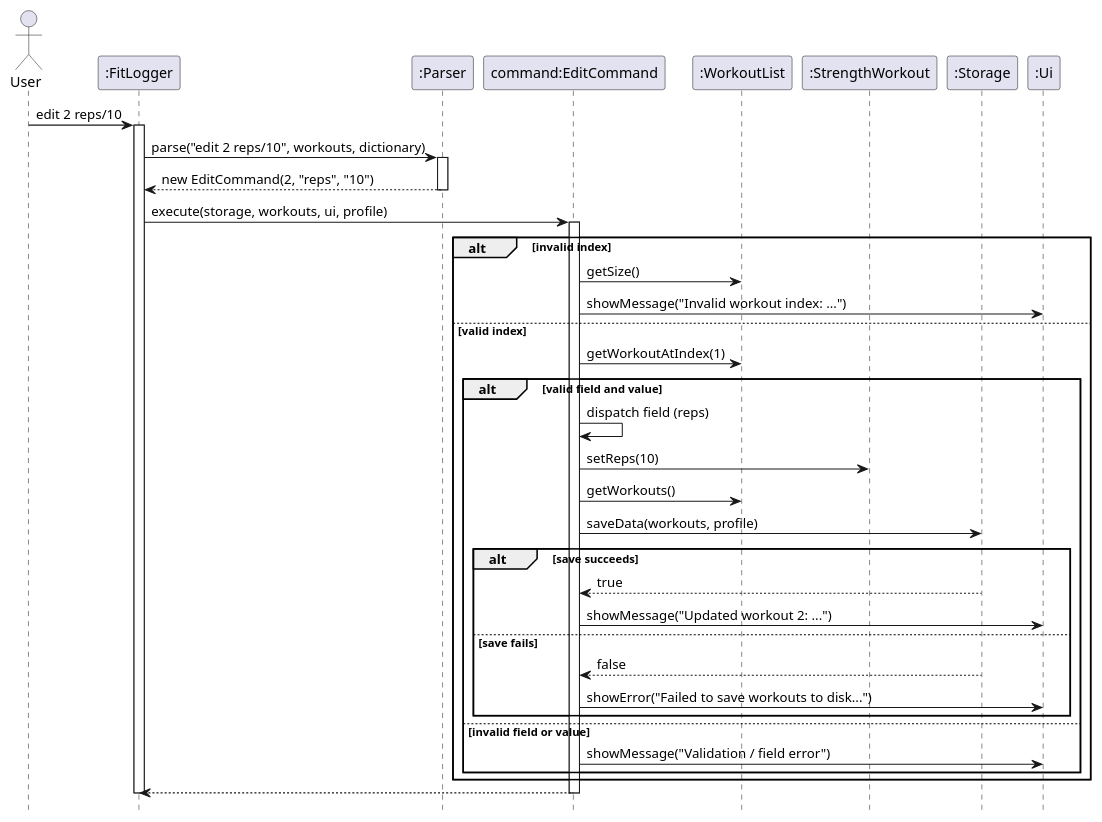
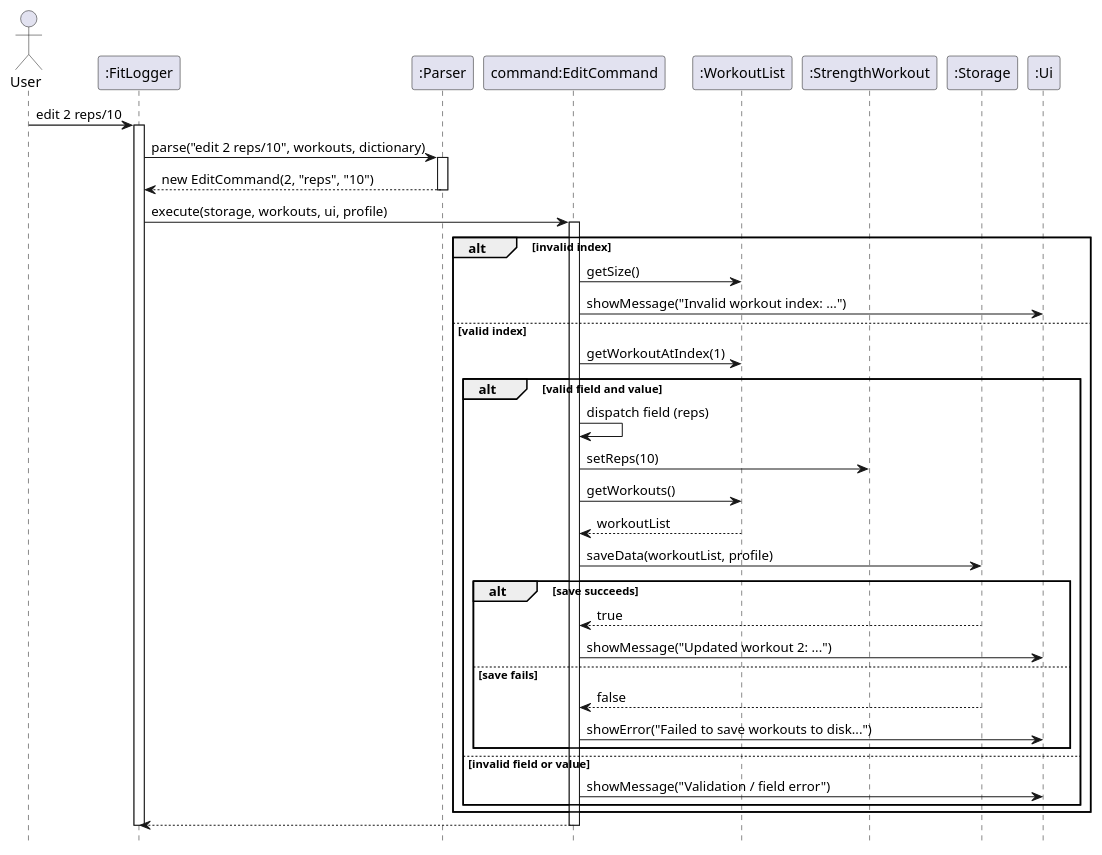
The diagram in docs/diagrams/EditCommandSequenceDiagram.puml (Daniel-czj/tp), drawn with PlantUML before and after one commit. The commit also changed 27 other files, not shown here.

Commit message:
Update docs diagrams and related project changes

```diff
--- a/docs/diagrams/EditCommandSequenceDiagram.puml
+++ b/docs/diagrams/EditCommandSequenceDiagram.puml
@@ -1,49 +1,50 @@
 @startuml
 hide footbox
 
 actor User
 participant ":FitLogger" as Main
 participant ":Parser" as Parser
 participant "command:EditCommand" as Cmd
 participant ":WorkoutList" as Workouts
 participant ":StrengthWorkout" as StrengthWorkout
 participant ":Storage" as Storage
 participant ":Ui" as Ui
 
 User -> Main : edit 2 reps/10
 activate Main
 
 Main -> Parser : parse("edit 2 reps/10", workouts, dictionary)
 activate Parser
 Parser --> Main : new EditCommand(2, "reps", "10")
 deactivate Parser
 
 Main -> Cmd : execute(storage, workouts, ui, profile)
 activate Cmd
 
 alt invalid index
 	Cmd -> Workouts : getSize()
 	Cmd -> Ui : showMessage("Invalid workout index: ...")
 else valid index
 	Cmd -> Workouts : getWorkoutAtIndex(1)
 	alt valid field and value
 		Cmd -> Cmd : dispatch field (reps)
 		Cmd -> StrengthWorkout : setReps(10)
 		Cmd -> Workouts : getWorkouts()
-		Cmd -> Storage : saveData(workouts, profile)
+		Workouts --> Cmd : workoutList
+		Cmd -> Storage : saveData(workoutList, profile)
 		alt save succeeds
 			Storage --> Cmd : true
 			Cmd -> Ui : showMessage("Updated workout 2: ...")
 		else save fails
 			Storage --> Cmd : false
 			Cmd -> Ui : showError("Failed to save workouts to disk...")
 		end
 	else invalid field or value
 		Cmd -> Ui : showMessage("Validation / field error")
 	end
 end
 
 Cmd --> Main
 deactivate Cmd
 deactivate Main
 @enduml
```
